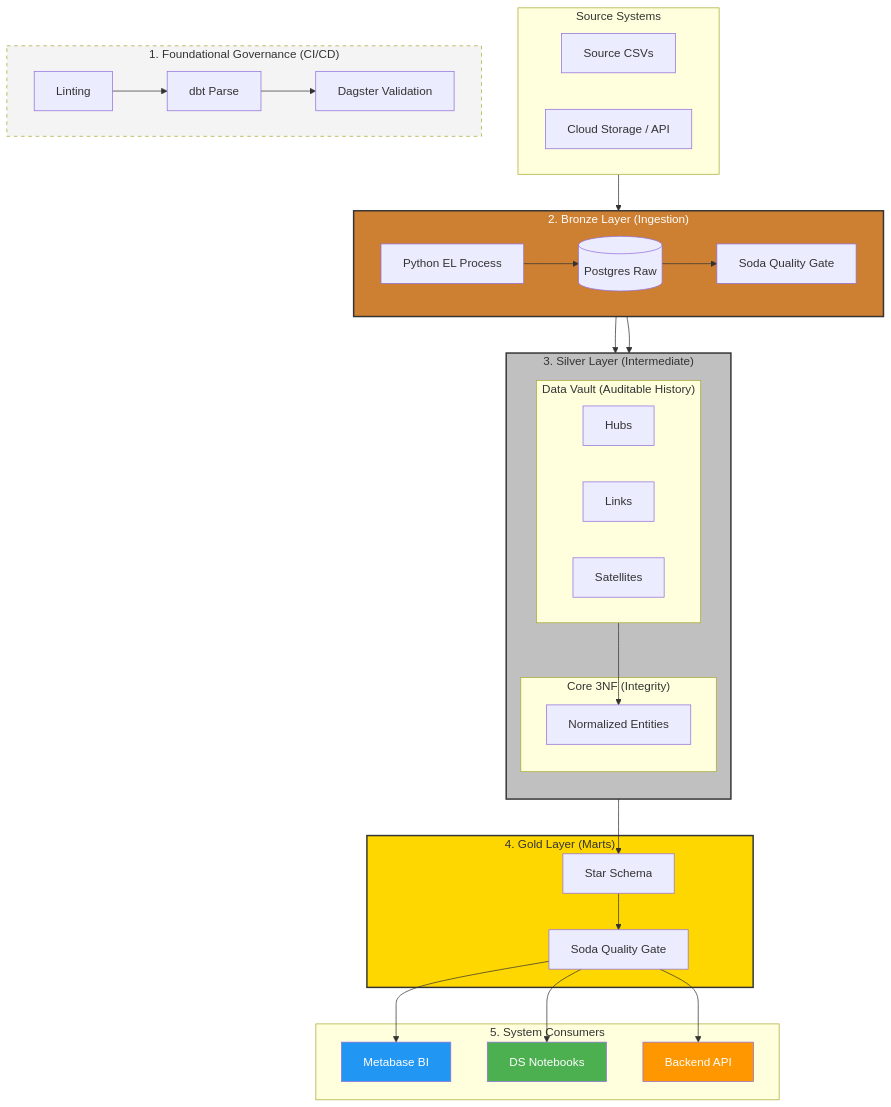
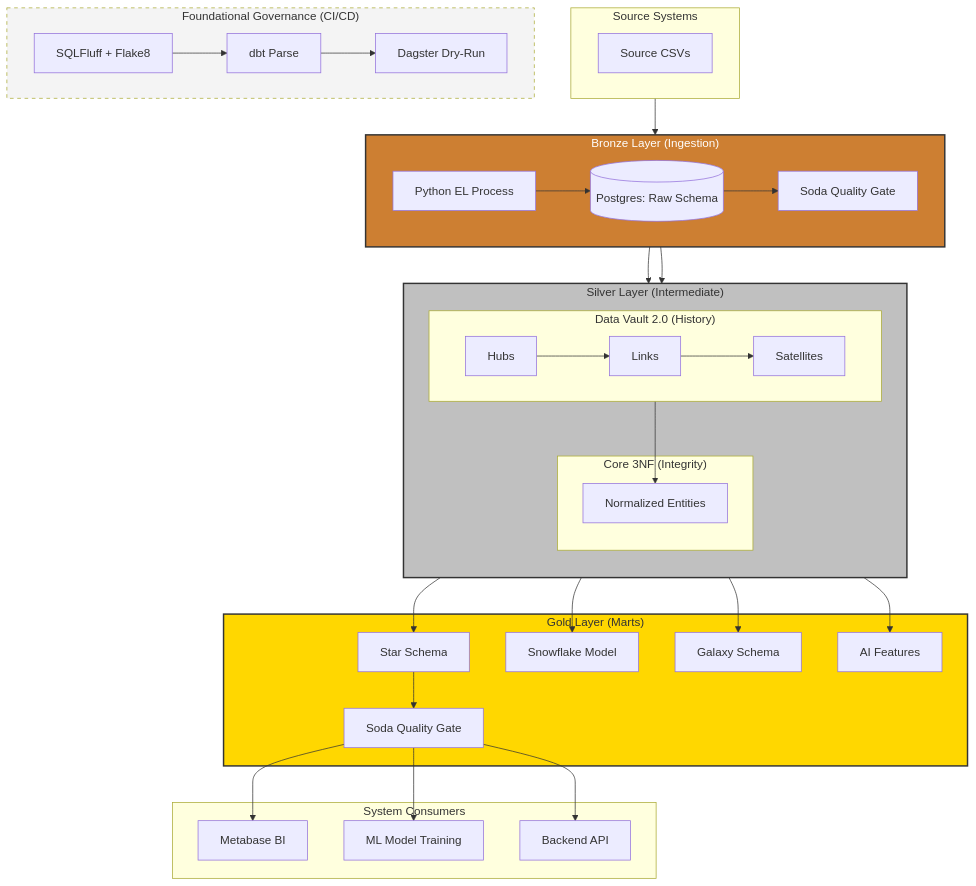
The first of 2 diagrams in README.md (26-jorge-01/analytics-modeling-lab), drawn with Mermaid before and after one commit. The commit also changed other lines of this file and 13 other files, not shown here.

````diff
--- a/README.md
+++ b/README.md
@@ -19,61 +52,52 @@
 ```mermaid
 graph TB
-    %% =======================================================
-    %% Strategic Data Flow: The Medallion Paradigm
-    %% =======================================================
-
     subgraph SD["Source Systems"]
         CSV[Source CSVs]
-        S3[Cloud Storage / API]
     end
 
-    subgraph CI["1. Foundational Governance (CI/CD)"]
+    subgraph CI["Foundational Governance (CI/CD)"]
         direction LR
-        Lint[Linting] --> DP[dbt Parse]
-        DP --> DVC[Dagster Validation]
+        Lint[SQLFluff + Flake8] --> DP[dbt Parse]
+        DP --> DVC[Dagster Dry-Run]
     end
 
-    subgraph Bronze["2. Bronze Layer (Ingestion)"]
+    subgraph Bronze["Bronze Layer (Ingestion)"]
         direction LR
-        EL[Python EL Process] --> Raw[(Postgres Raw)]
+        EL[Python EL Process] --> Raw[(Postgres: Raw Schema)]
         Raw --> SodaB[Soda Quality Gate]
     end
 
-    subgraph Silver["3. Silver Layer (Intermediate)"]
+    subgraph Silver["Silver Layer (Intermediate)"]
         direction TB
-        subgraph DV["Data Vault (Auditable History)"]
-            Hubs[Hubs]
-            Links[Links]
-            Sats[Satellites]
+        subgraph DV["Data Vault 2.0 (History)"]
+            Hubs[Hubs] --> Links[Links] --> Sats[Satellites]
         end
         subgraph Core["Core 3NF (Integrity)"]
             Norm[Normalized Entities]
         end
         DV --> Norm
     end
 
-    subgraph Gold["4. Gold Layer (Marts)"]
+    subgraph Gold["Gold Layer (Marts)"]
         Norm --> Star[Star Schema]
+        Norm --> Snow[Snowflake Model]
+        Norm --> Gal[Galaxy Schema]
+        Norm --> AI[AI Features]
         Star --> SodaG[Soda Quality Gate]
     end
 
-    subgraph Consumption["5. System Consumers"]
+    subgraph Consumption["System Consumers"]
         SodaG --> MB[Metabase BI]
-        SodaG --> NB[DS Notebooks]
+        SodaG --> ML[ML Model Training]
         SodaG --> API[Backend API]
     end
 
-    %% Flow Connections
     SD --> EL
     SodaB --> DV
     SodaB --> Norm
-    
-    %% Styling
+
     style Bronze fill:#cd7f32,stroke:#333,stroke-width:2px,color:#fff
     style Silver fill:#c0c0c0,stroke:#333,stroke-width:2px,color:#333
     style Gold fill:#ffd700,stroke:#333,stroke-width:2px,color:#333
     style CI fill:#f4f4f4,stroke-dasharray: 5 5
-    style MB fill:#2196f3,color:#fff
-    style NB fill:#4caf50,color:#fff
-    style API fill:#ff9800,color:#fff
 ```
````
